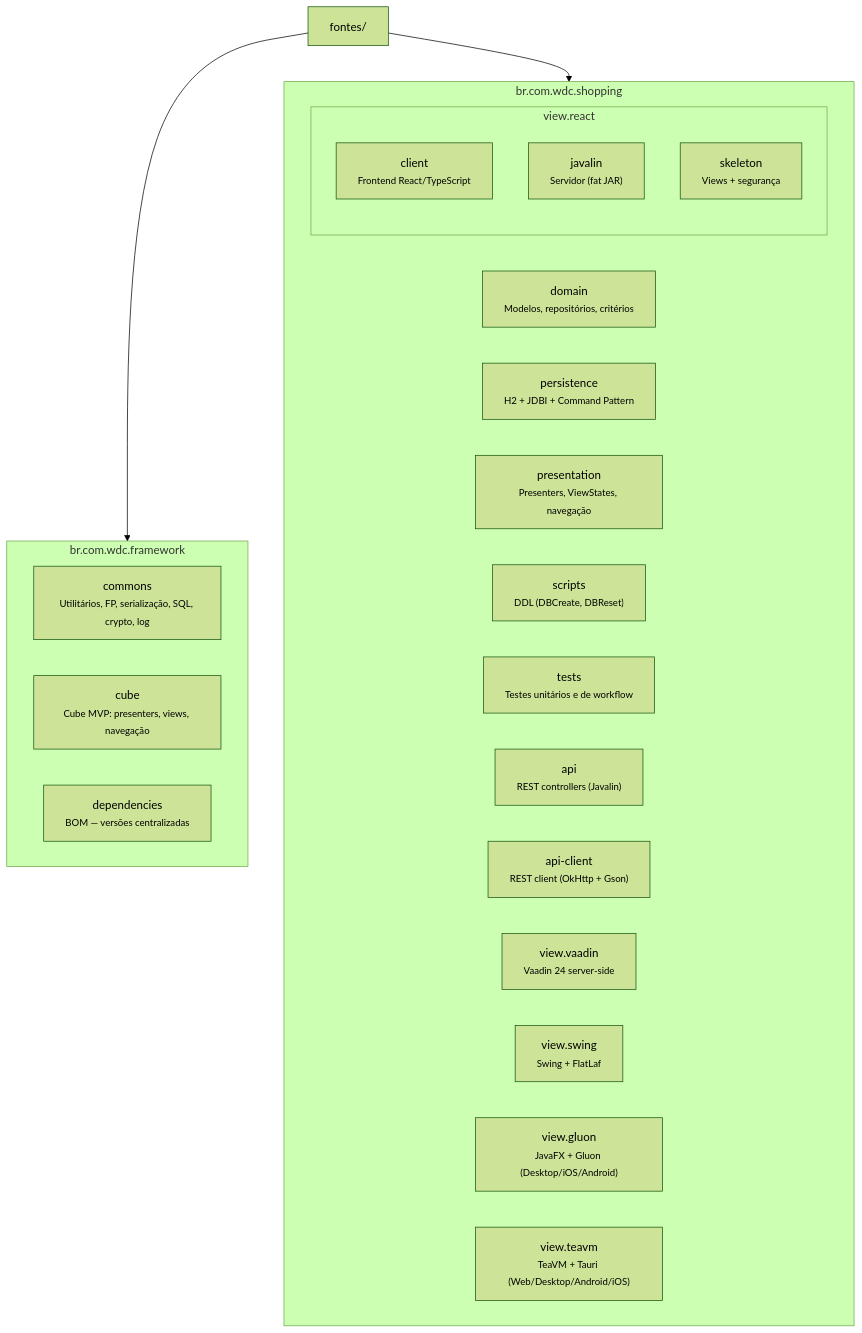
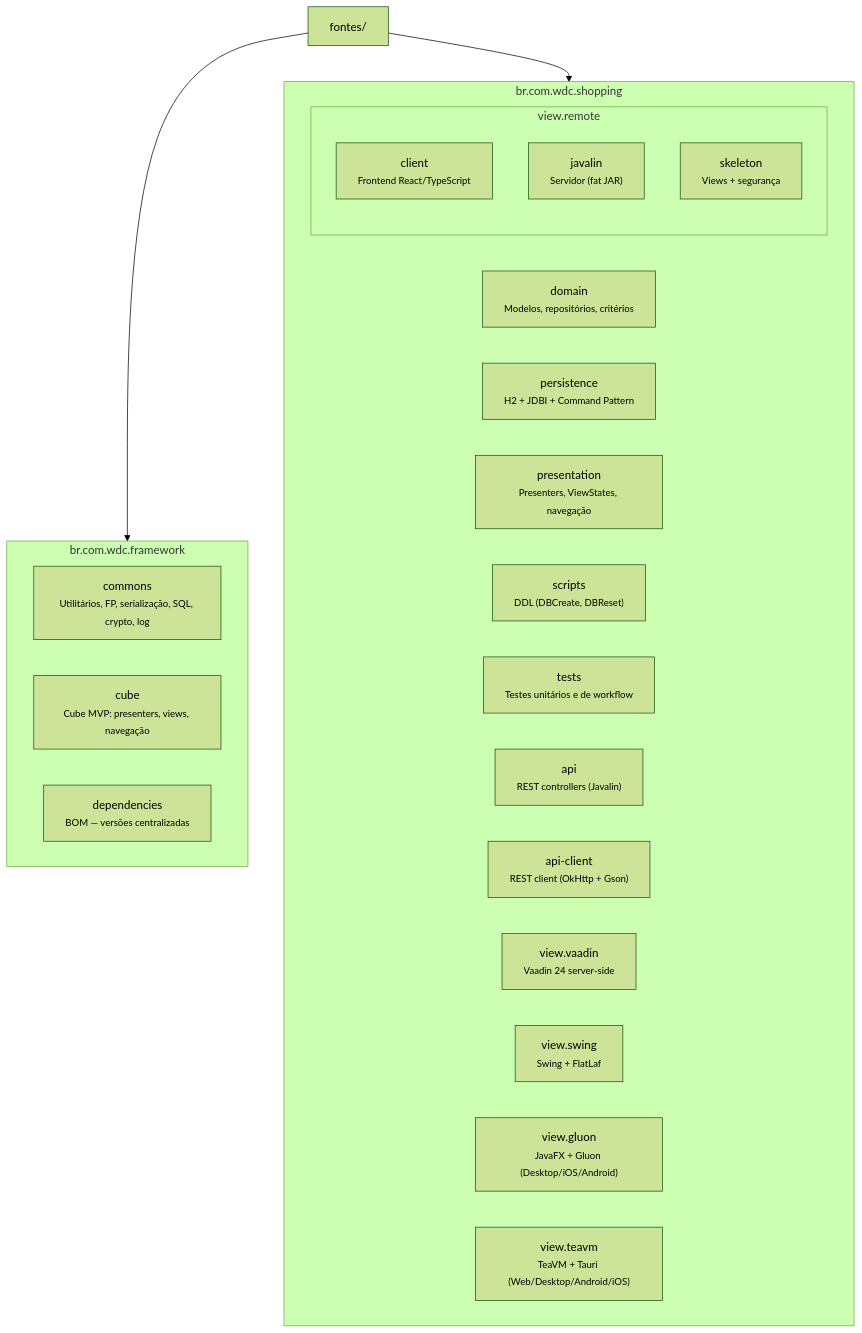
Before and after one commit to mrcdom/wdc-cube-java-v2: the second of 3 diagrams in README.md, drawn with Mermaid (forest theme). The commit also changed other lines of this file and 87 other files, not shown here.

First line of the commit message:
♻️ [REFACTOR] Renomeia view.react → view.remote; react.skeleton → remote.skeleton; react.client → frontend.react

````diff
--- a/README.md
+++ b/README.md
@@ -55,34 +55,34 @@
 ```mermaid
 graph TD
     fontes["fontes/"]
 
     subgraph Framework["br.com.wdc.framework"]
         commons["commons<br/><small>Utilitários, FP, serialização, SQL, crypto, log</small>"]
         cube["cube<br/><small>Cube MVP: presenters, views, navegação</small>"]
         deps["dependencies<br/><small>BOM — versões centralizadas</small>"]
     end
 
     subgraph Shopping["br.com.wdc.shopping"]
         domain["domain<br/><small>Modelos, repositórios, critérios</small>"]
         persistence["persistence<br/><small>H2 + JDBI + Command Pattern</small>"]
         presentation["presentation<br/><small>Presenters, ViewStates, navegação</small>"]
         scripts["scripts<br/><small>DDL (DBCreate, DBReset)</small>"]
         tests["tests<br/><small>Testes unitários e de workflow</small>"]
         api["api<br/><small>REST controllers (Javalin)</small>"]
         apiClient["api-client<br/><small>REST client (OkHttp + Gson)</small>"]
 
-        subgraph ViewReact["view.react"]
+        subgraph ViewReact["view.remote"]
             reactClient["client<br/><small>Frontend React/TypeScript</small>"]
             reactJavalin["javalin<br/><small>Servidor (fat JAR)</small>"]
             reactSkeleton["skeleton<br/><small>Views + segurança</small>"]
         end
 
         viewVaadin["view.vaadin<br/><small>Vaadin 24 server-side</small>"]
         viewSwing["view.swing<br/><small>Swing + FlatLaf</small>"]
         viewGluon["view.gluon<br/><small>JavaFX + Gluon (Desktop/iOS/Android)</small>"]
         viewTeavm["view.teavm<br/><small>TeaVM + Tauri (Web/Desktop/Android/iOS)</small>"]
     end
 
     fontes --> Framework
     fontes --> Shopping
 ```
````
